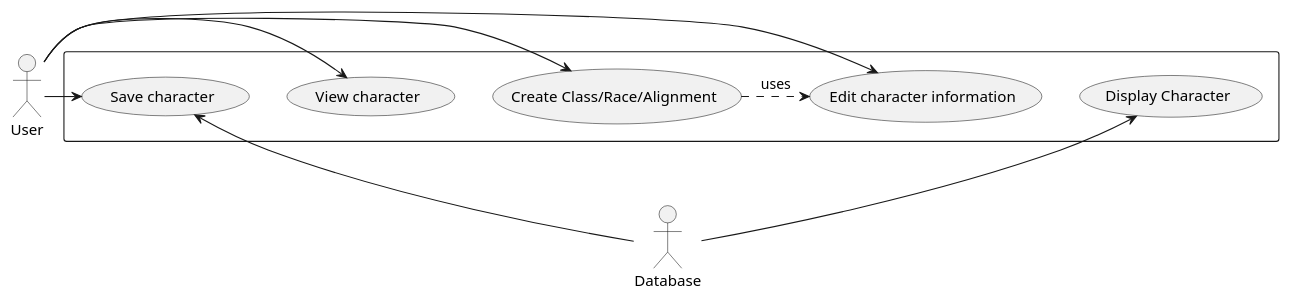
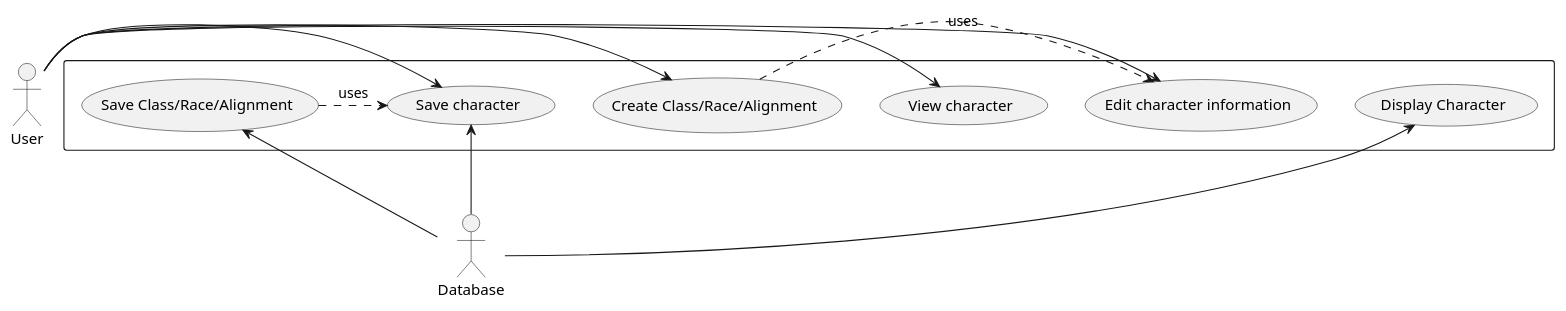
The diagram in app/UML/use_case_diagram.puml (Vhostymr/BagOfHolding), drawn with PlantUML before and after one commit.

Commit message:
Added use cases

```diff
--- a/app/UML/use_case_diagram.puml
+++ b/app/UML/use_case_diagram.puml
@@ -1,14 +1,16 @@
 @startuml
 actor User
 actor Database
 rectangle {
+User -> (Save character)
 User -> (View character)
-User -> (Save character)
 User -> (Create Class/Race/Alignment)
-(Create Class/Race/Alignment) .> (Edit character information):uses
+(Create Class/Race/Alignment) .> (Edit character information): uses
 User -> (Edit character information)
 
 Database -up-> (Display Character)
 Database -up-> (Save character)
+Database -up-> (Save Class/Race/Alignment)
+(Save Class/Race/Alignment) .> (Save character) : uses
 }
 @enduml
```
